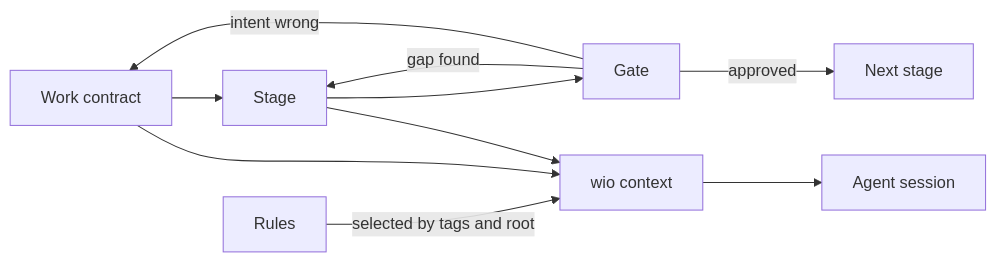
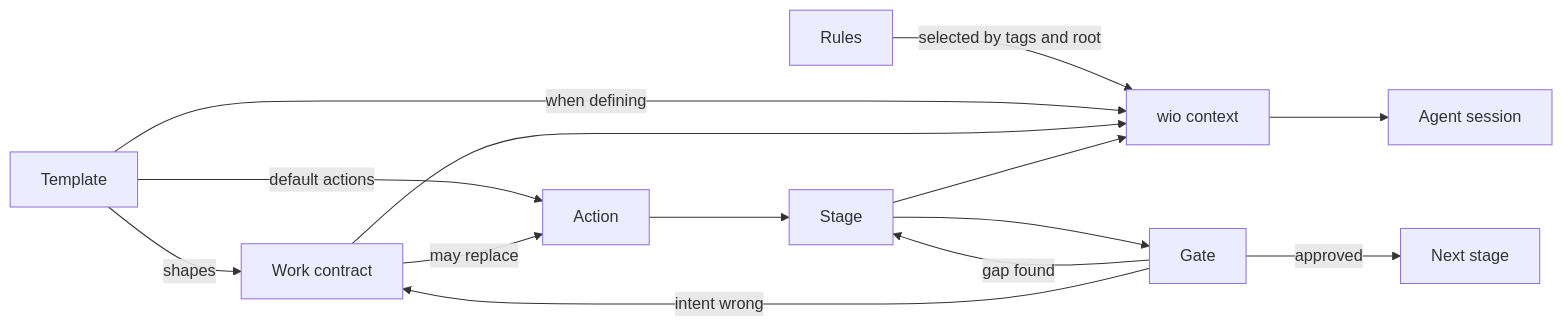
Before and after one commit to msitarz/wio: the diagram in README.md, drawn with Mermaid. The commit also changed other lines of this file, not shown here.

First line of the commit message:
docs: describe templates and actions in the README (#8)

````diff
--- a/README.md
+++ b/README.md
@@ -39,12 +46,16 @@
 ```mermaid
 flowchart LR
-    C[Work contract] --> S[Stage]
+    T[Template] -->|shapes| C[Work contract]
+    T -->|default actions| A[Action]
+    C -->|may replace| A
+    A --> S[Stage]
     S --> G[Gate]
     G -->|approved| S2[Next stage]
     G -->|gap found| S
     G -->|intent wrong| C
     R[Rules] -->|selected by tags and root| X[wio context]
+    T -->|when defining| X
     C --> X
     S --> X
-    X --> A[Agent session]
+    X --> AG[Agent session]
 ```
````
